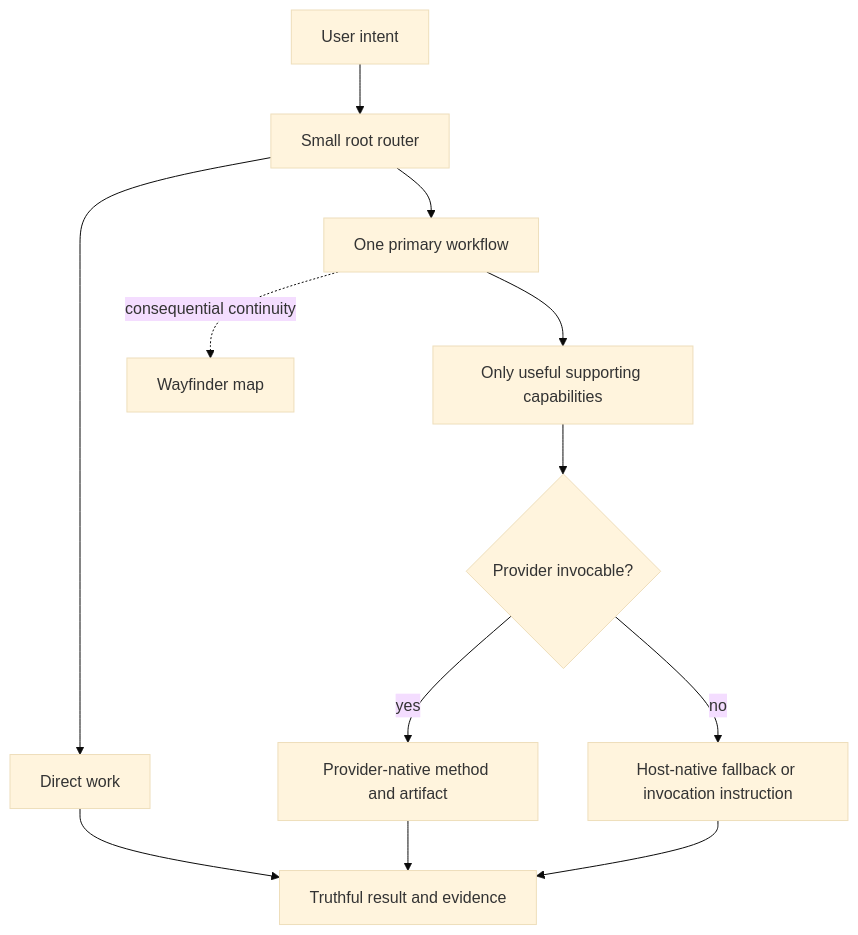
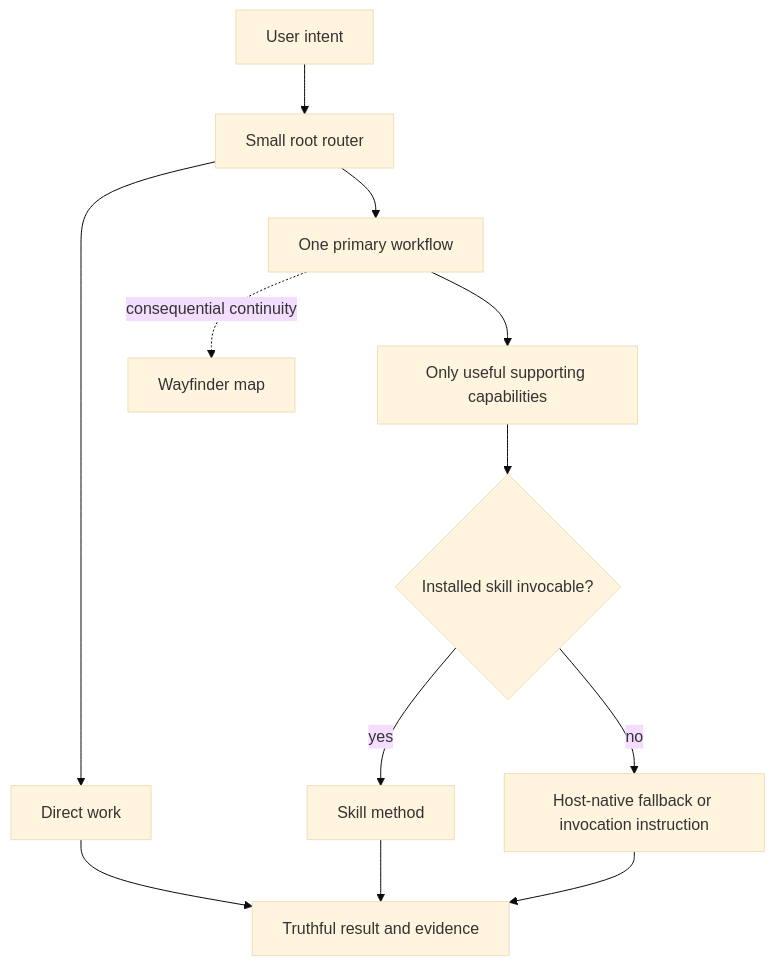
One commit to jimmfan/agentic-workflow changed the diagram in docs/architecture.md. Above: the diagram before and after it, drawn with Mermaid (base theme). The commit also changed other lines of this file and 183 other files, not shown here.

Commit message:
Replace provider architecture with direct skill distribution

````diff
--- a/docs/architecture.md
+++ b/docs/architecture.md
@@ -18,14 +18,14 @@
 ```mermaid
 flowchart TD
     request["User intent"] --> router["Small root router"]
     router --> direct["Direct work"]
     router --> workflow["One primary workflow"]
     workflow --> capability["Only useful supporting capabilities"]
-    capability --> provider{"Provider invocable?"}
-    provider -->|yes| native["Provider-native method and artifact"]
-    provider -->|no| fallback["Host-native fallback or invocation instruction"]
+    capability --> skill{"Installed skill invocable?"}
+    skill -->|yes| native["Skill method"]
+    skill -->|no| fallback["Host-native fallback or invocation instruction"]
     direct --> evidence["Truthful result and evidence"]
     native --> evidence
     fallback --> evidence
     workflow -. consequential continuity .-> wayfinder["Wayfinder map"]
 ```
````
